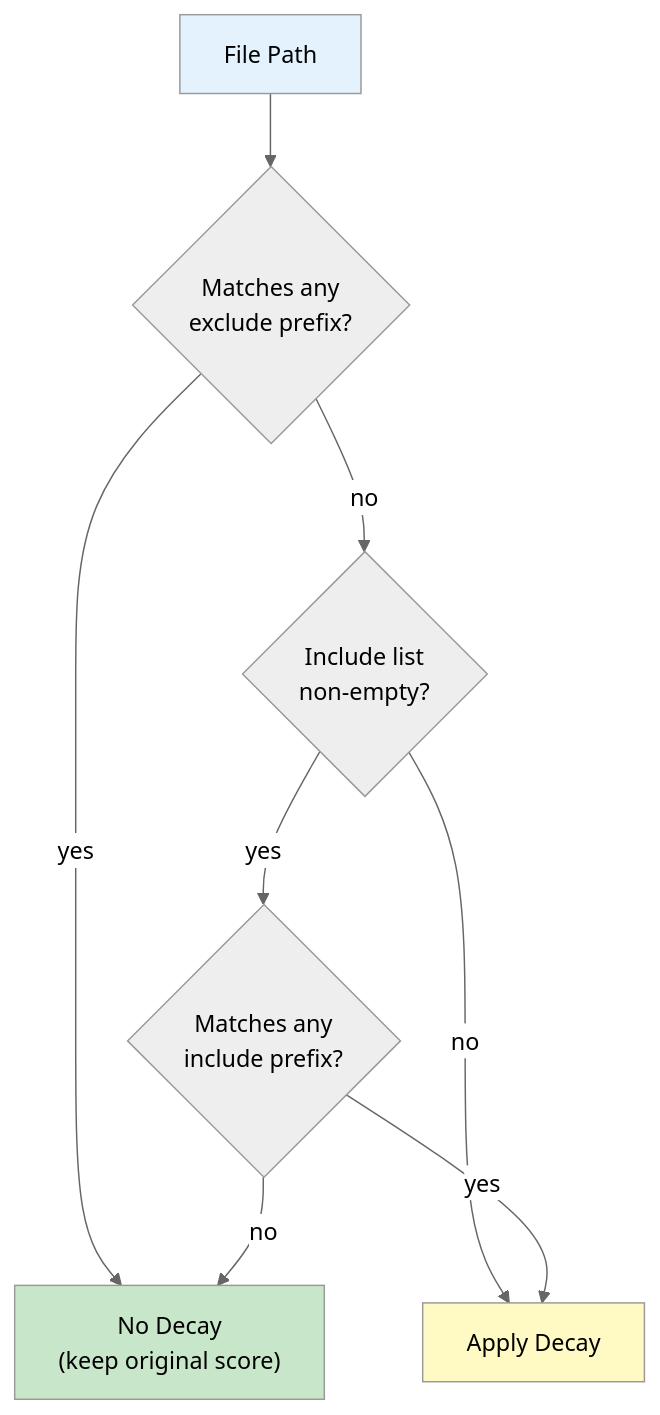
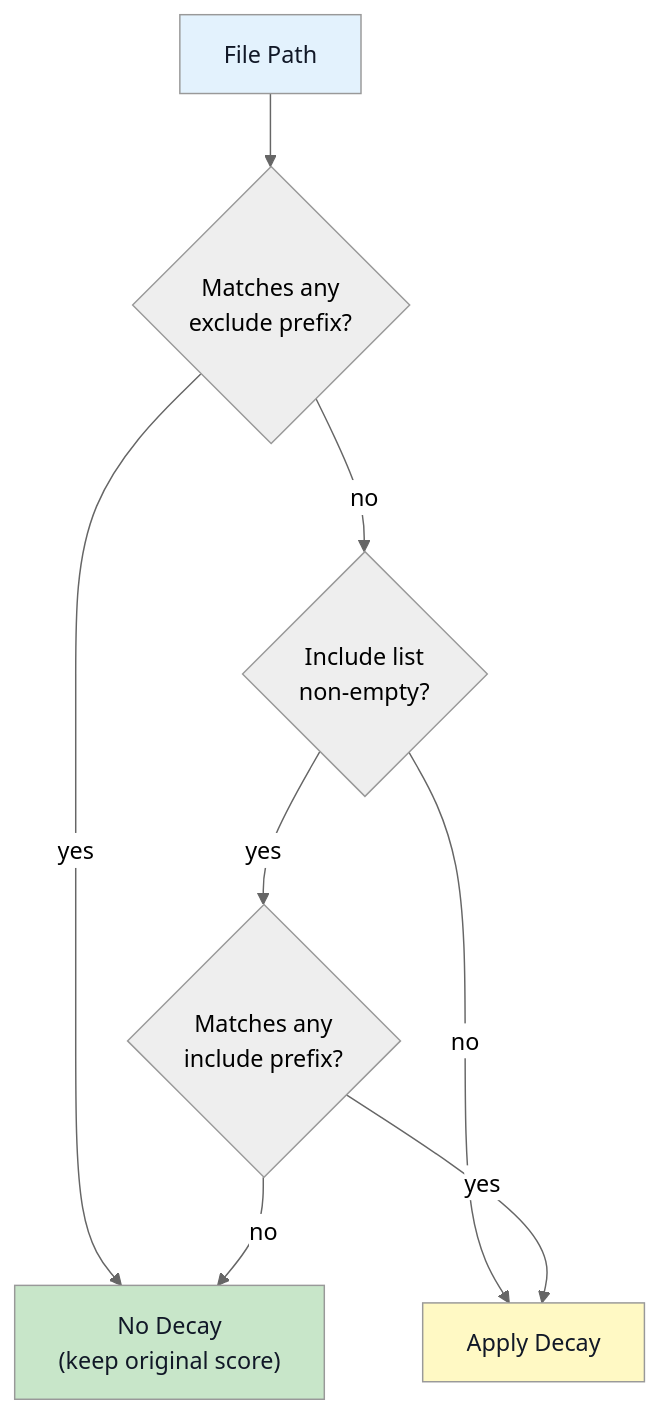
Before and after one commit to geckse/markdown-vdb: the second of 2 diagrams in docs/cli/concepts/time-decay.md, drawn with Mermaid (neutral theme). The commit also changed other lines of this file and 41 other files, not shown here.

````diff
--- a/docs/cli/concepts/time-decay.md
+++ b/docs/cli/concepts/time-decay.md
@@ -107,14 +107,14 @@
 ```mermaid
 flowchart TD
     FILE["File Path"] --> EXCL{"Matches any<br/>exclude prefix?"}
     EXCL -->|yes| NO_DECAY["No Decay<br/>(keep original score)"]
     EXCL -->|no| INCL{"Include list<br/>non-empty?"}
     INCL -->|no| DECAY["Apply Decay"]
     INCL -->|yes| MATCH{"Matches any<br/>include prefix?"}
     MATCH -->|yes| DECAY
     MATCH -->|no| NO_DECAY
 
-    style FILE fill:#e3f2fd
-    style DECAY fill:#fff9c4
-    style NO_DECAY fill:#c8e6c9
+    style FILE fill:#e3f2fd,color:#111827
+    style DECAY fill:#fff9c4,color:#111827
+    style NO_DECAY fill:#c8e6c9,color:#111827
 ```
````
